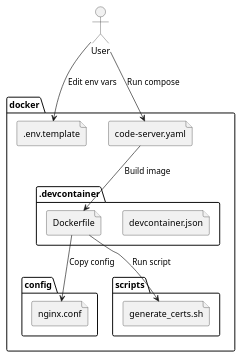
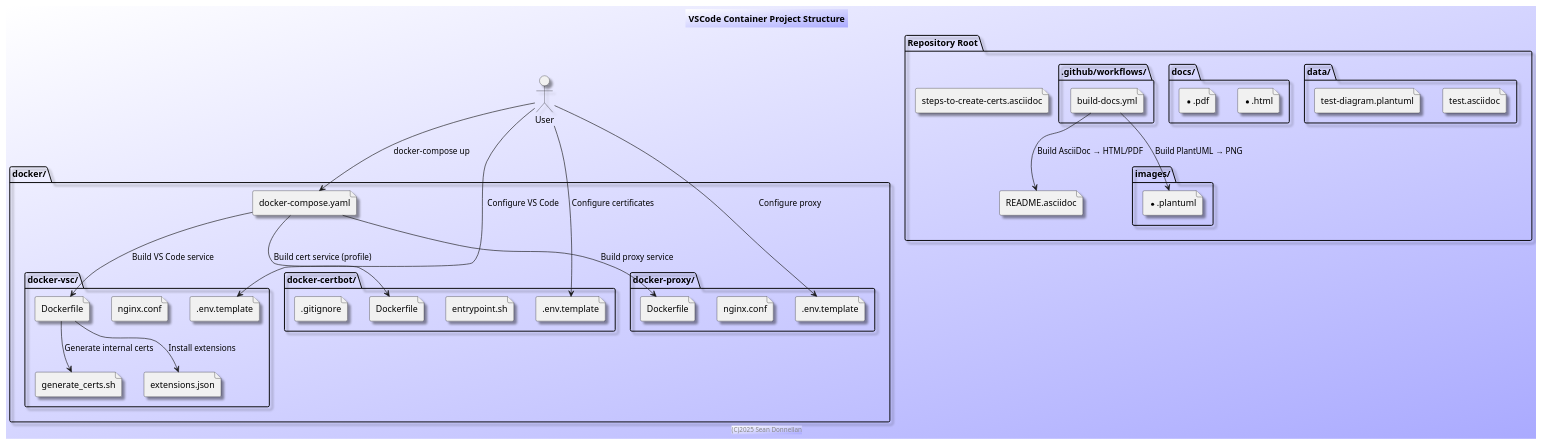
One commit to donnels/vsc-container changed the diagram in images/config-overview.plantuml. Above: the diagram before and after it, drawn with PlantUML. The commit also changed 15 other files, not shown here.

```diff
--- a/images/config-overview.plantuml
+++ b/images/config-overview.plantuml
@@ -1,23 +1,65 @@
-@startuml
-package "docker" {
-  folder ".devcontainer" {
-    file "devcontainer.json"
-    file "Dockerfile"
+@startuml config-overview
+title VSCode Container Project Structure
+footer (C)2025 Sean Donnellan
+
+skinparam shadowing 1
+skinparam BackgroundColor #fff/aaf
+skinparam participantBackgroundColor #fff/aaf
+
+package "docker/" {
+  file "docker-compose.yaml" as compose
+  
+  package "docker-vsc/" {
+    file "Dockerfile" as vsc_docker
+    file "generate_certs.sh" as cert_script
+    file "nginx.conf" as nginx
+    file ".env.template" as vsc_env
+    file "extensions.json" as extensions
   }
-  folder "config" {
-    file "nginx.conf"
+  
+  package "docker-certbot/" {
+    file "Dockerfile" as certbot_docker
+    file "entrypoint.sh" as certbot_entry
+    file ".env.template" as certbot_env
+    file ".gitignore" as certbot_ignore
   }
-  folder "scripts" {
-    file "generate_certs.sh"
+  
+  package "docker-proxy/" {
+    file "Dockerfile" as proxy_docker
+    file "nginx.conf" as proxy_nginx
+    file ".env.template" as proxy_env
   }
-  file ".env.template"
-  file "code-server.yaml"
+}
+
+package "Repository Root" {
+  folder "images/" {
+    file "*.plantuml" as diagrams
+  }
+  folder "data/" {
+    file "test.asciidoc" as test_data
+    file "test-diagram.plantuml" as test_diagram
+  }
+  folder "docs/" {
+    file "*.html" as html_docs
+    file "*.pdf" as pdf_docs
+  }
+  folder ".github/workflows/" {
+    file "build-docs.yml" as actions
+  }
+  file "README.asciidoc" as main_readme
+  file "steps-to-create-certs.asciidoc" as cert_steps
 }
 
 actor User
-User --> ".env.template": "Edit env vars"
-User --> "code-server.yaml": "Run compose"
-"code-server.yaml" --> "Dockerfile": "Build image"
-"Dockerfile" --> "nginx.conf": "Copy config"
-"Dockerfile" --> "generate_certs.sh": "Run script"
+User --> vsc_env: "Configure VS Code"
+User --> certbot_env: "Configure certificates"
+User --> proxy_env: "Configure proxy"
+User --> compose: "docker-compose up"
+compose --> vsc_docker: "Build VS Code service"
+compose --> certbot_docker: "Build cert service (profile)"
+compose --> proxy_docker: "Build proxy service"
+vsc_docker --> cert_script: "Generate internal certs"
+vsc_docker --> extensions: "Install extensions"
+actions --> diagrams: "Build PlantUML → PNG"
+actions --> main_readme: "Build AsciiDoc → HTML/PDF"
 @enduml
```
